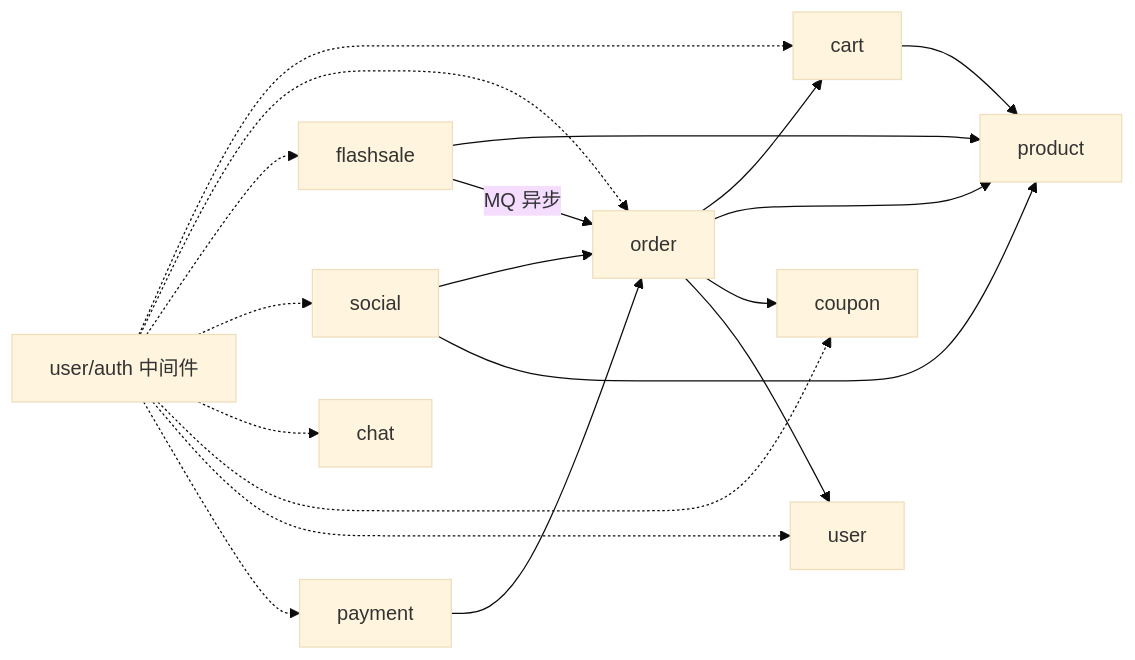
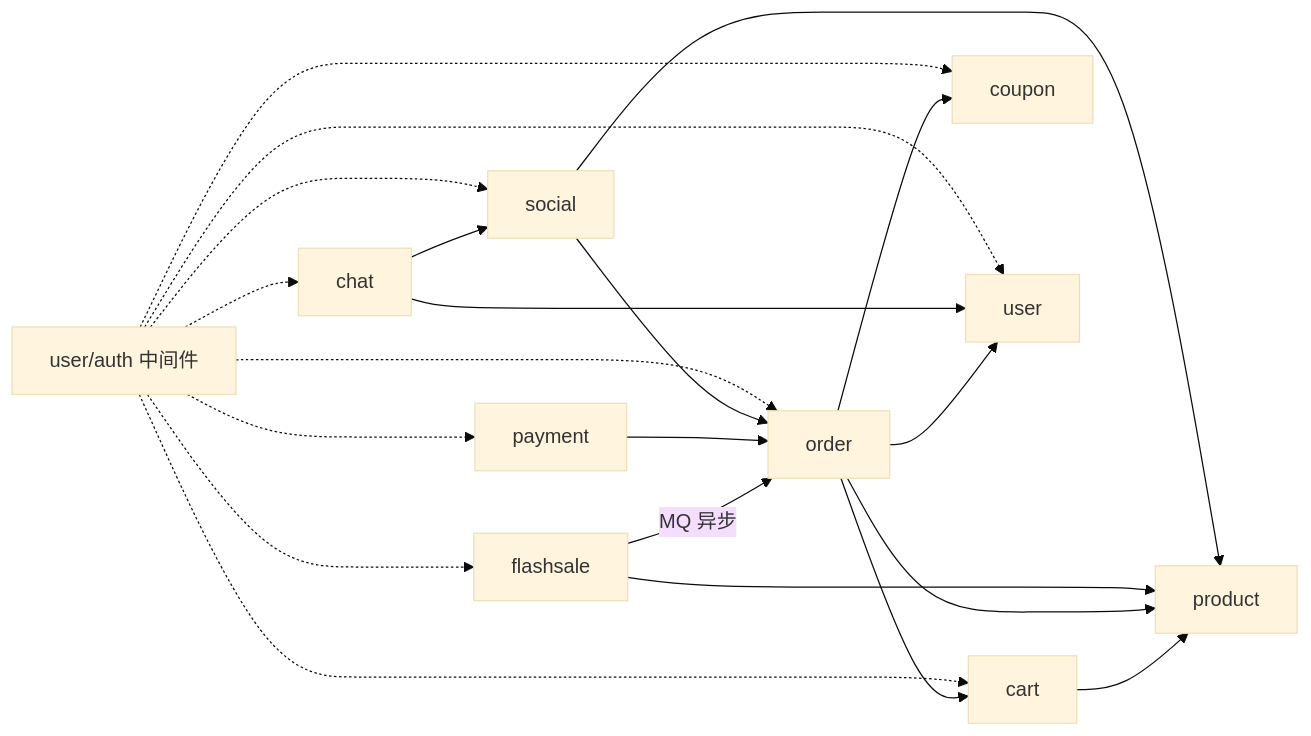
One commit to xiangzhang-coding/go-single changed the diagram in docs/DESIGN.md. Above: the diagram before and after it, drawn with Mermaid (base theme). The commit also changed other lines of this file and 88 other files, not shown here.

````diff
--- a/docs/DESIGN.md
+++ b/docs/DESIGN.md
@@ -253,21 +253,23 @@
 ```mermaid
 graph LR
     cart --> product
     order --> cart
     order --> product
     order --> coupon
     order --> user
     flashsale --> product
     flashsale -->|MQ 异步| order
     payment --> order
     social --> order
     social --> product
+    chat --> user
+    chat --> social
     auth[user/auth 中间件] -.-> cart
     auth -.-> order
     auth -.-> flashsale
     auth -.-> social
     auth -.-> chat
     auth -.-> coupon
     auth -.-> user
     auth -.-> payment
 ```
````
